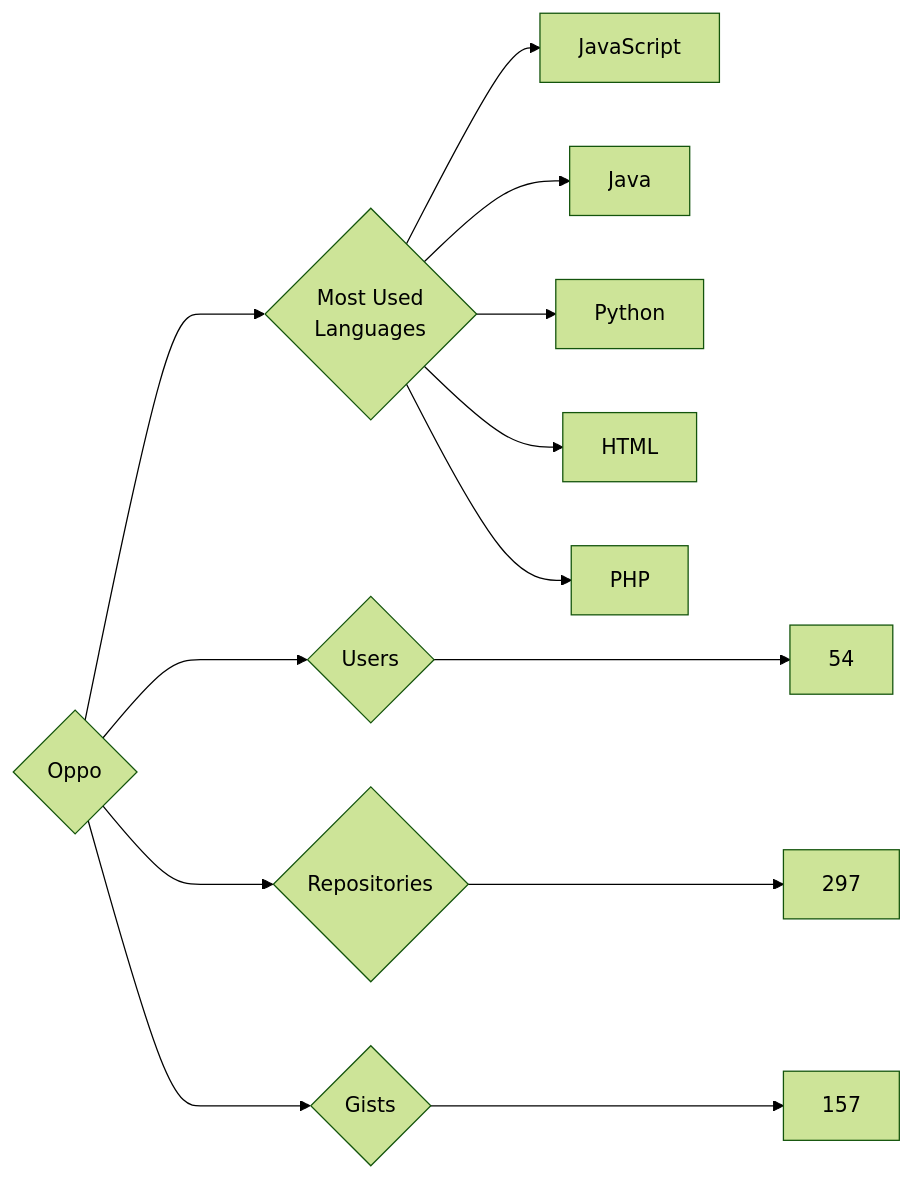
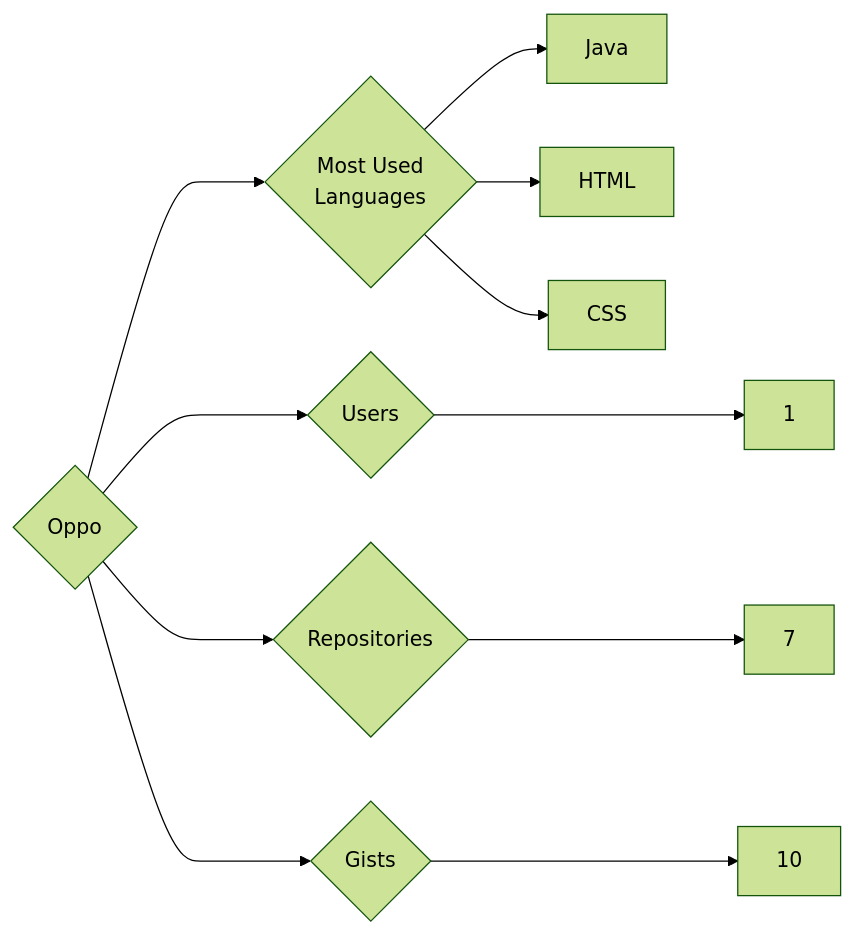
One commit to trickest/insiders changed the diagram in targets/Oppo/README.md. Above: the diagram before and after it, drawn with Mermaid (forest theme). The commit also changed 799 other files, not shown here.

````diff
--- a/targets/Oppo/README.md
+++ b/targets/Oppo/README.md
@@ -3,13 +3,11 @@
 ```mermaid
 graph LR
 COMPANY_NAME{Oppo}
-COMPANY_NAME ---> U{Users} ---> UN[54]
-COMPANY_NAME ---> R{Repositories} ---> RN[297]
-COMPANY_NAME ---> G{Gists} ---> GN[157]
+COMPANY_NAME ---> U{Users} ---> UN[1]
+COMPANY_NAME ---> R{Repositories} ---> RN[7]
+COMPANY_NAME ---> G{Gists} ---> GN[10]
 COMPANY_NAME ---> ML{Most Used<br>Languages}
-ML --> JavaScript[JavaScript]
 ML --> Java[Java]
-ML --> Python[Python]
 ML --> HTML[HTML]
-ML --> PHP[PHP]
+ML --> CSS[CSS]
 ```
````
